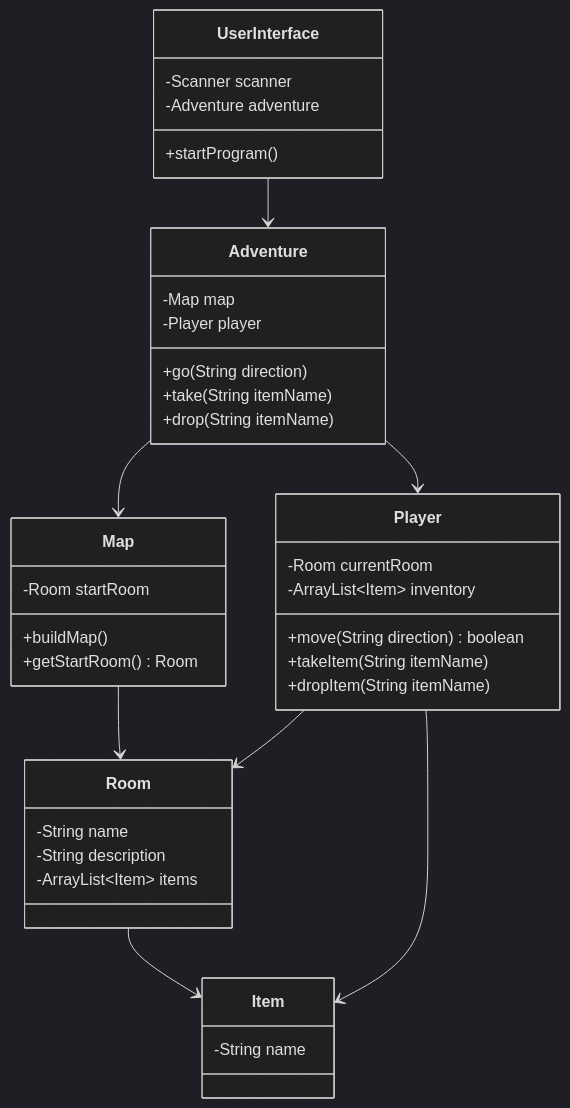
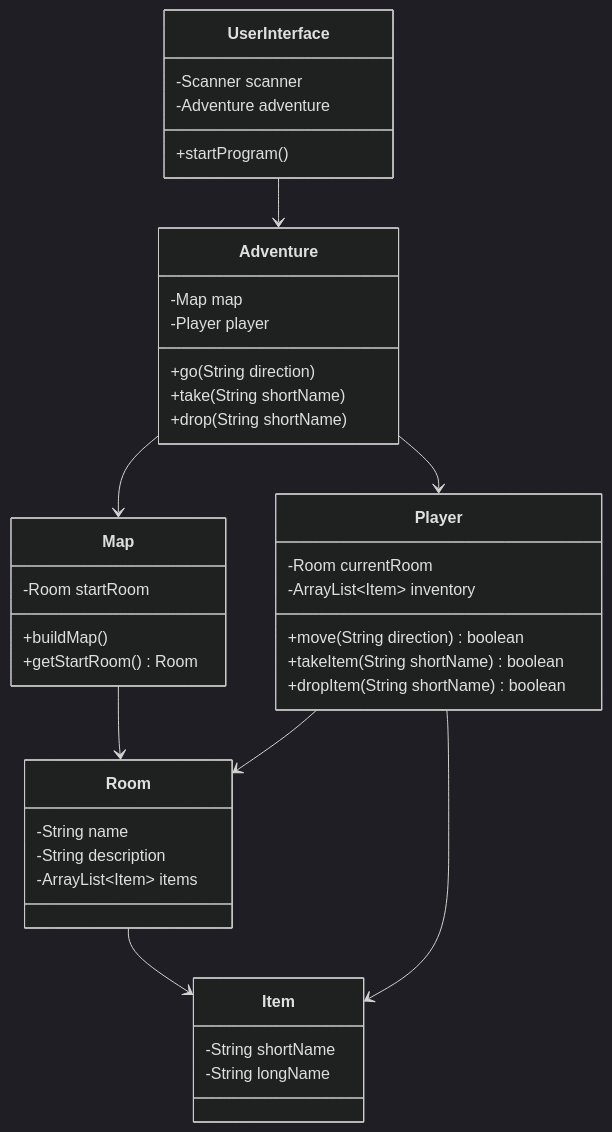
Before and after one commit to CheMical/DAT-GBG-DA-E26AB: the sixth of 9 diagrams in 40/02_tir_2026-09-29/README.md, drawn with Mermaid (dark theme). The commit also changed other lines of this file and 50 other files, not shown here.

````diff
--- a/40/02_tir_2026-09-29/README.md
+++ b/40/02_tir_2026-09-29/README.md
@@ -356,51 +303,52 @@
 ```mermaid
 classDiagram
     UserInterface --> Adventure
 
     Adventure --> Map
     Adventure --> Player
 
     Map --> Room
     Player --> Room
 
     Room --> Item
     Player --> Item
 
     class UserInterface {
         -Scanner scanner
         -Adventure adventure
         +startProgram()
     }
 
     class Adventure {
         -Map map
         -Player player
         +go(String direction)
-        +take(String itemName)
-        +drop(String itemName)
+        +take(String shortName)
+        +drop(String shortName)
     }
 
     class Map {
         -Room startRoom
         +buildMap()
         +getStartRoom() Room
     }
 
     class Player {
         -Room currentRoom
         -ArrayList~Item~ inventory
         +move(String direction) boolean
-        +takeItem(String itemName)
-        +dropItem(String itemName)
+        +takeItem(String shortName) boolean
+        +dropItem(String shortName) boolean
     }
 
     class Room {
         -String name
         -String description
         -ArrayList~Item~ items
     }
 
     class Item {
-        -String name
+        -String shortName
+        -String longName
     }
 ```
````
